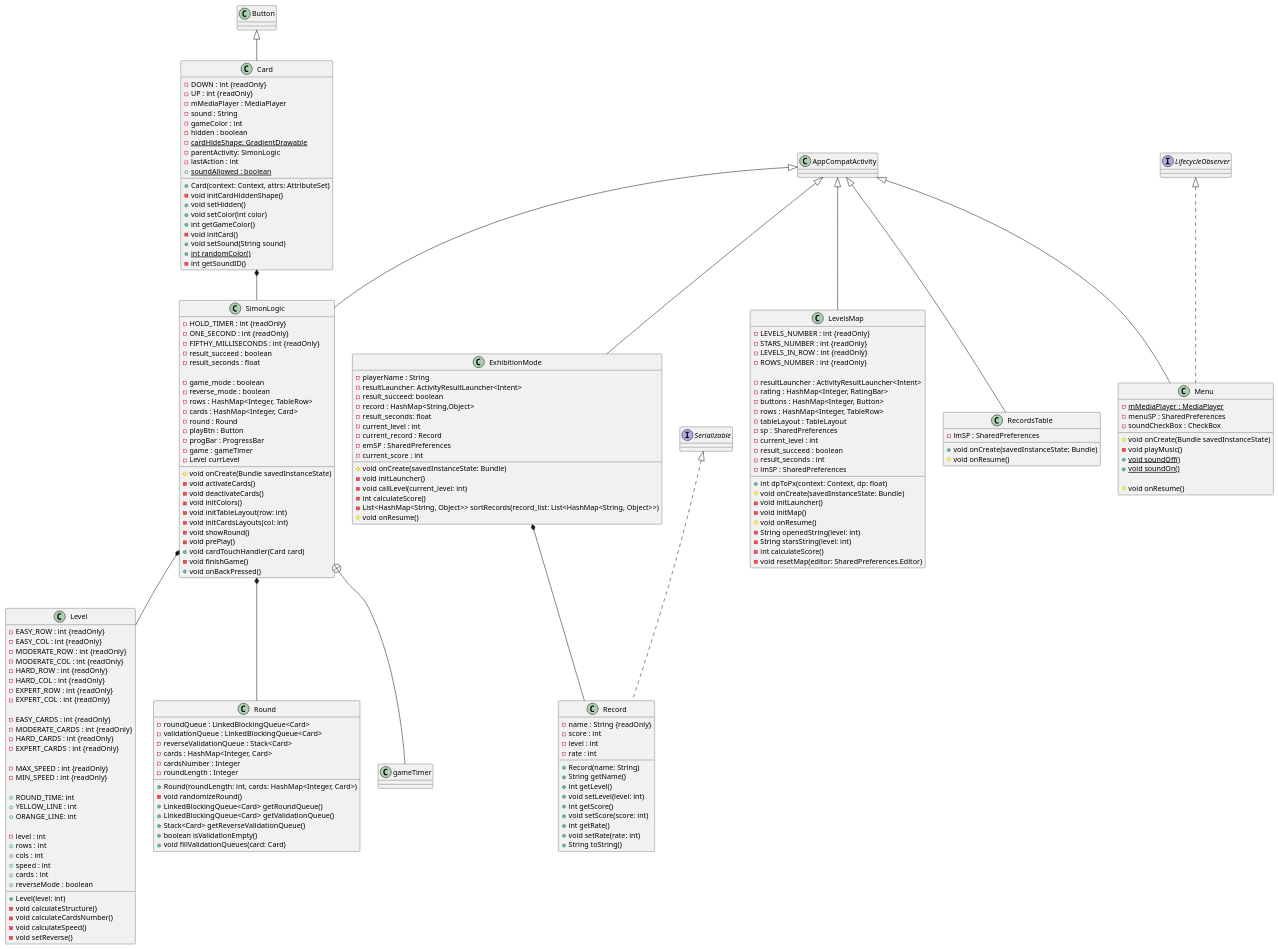
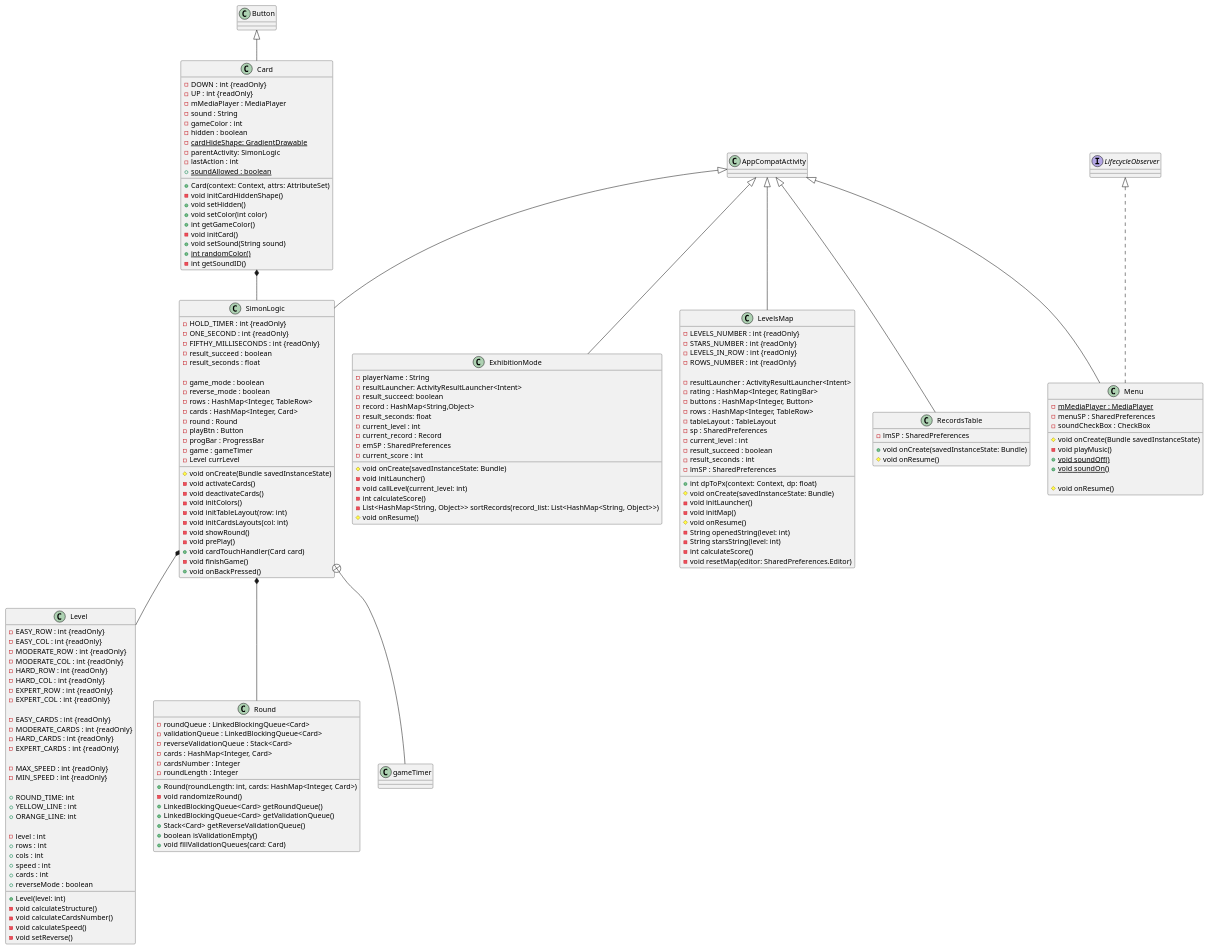
The diagram in app/src/main/java/com/example/simon/UML.puml (barlanyado/Simon), drawn with PlantUML before and after one commit. The commit also changed 1 other file, not shown here.

Commit message:
first level & upadte UML

```diff
--- a/app/src/main/java/com/example/simon/UML.puml
+++ b/app/src/main/java/com/example/simon/UML.puml
@@ -128,24 +128,6 @@
 }
 
 
-class Record implements Serializable {
-
-    - name : String {readOnly}
-    - score : int
-    - level : int
-    - rate : int
-
-    + Record(name: String)
-    + String getName()
-    + int getLevel()
-    + void setLevel(level: int)
-    + int getScore()
-    + void setScore(score: int)
-    + int getRate()
-    + void setRate(rate: int)
-    + String toString()
-}
-
 class RecordsTable extends AppCompatActivity {
 
     - lmSP : SharedPreferences
@@ -208,7 +190,6 @@
 SimonLogic *-- Round
 SimonLogic +-- gameTimer
 Card *-- SimonLogic
-ExhibitionMode *-- Record
 
 
 @enduml
```
